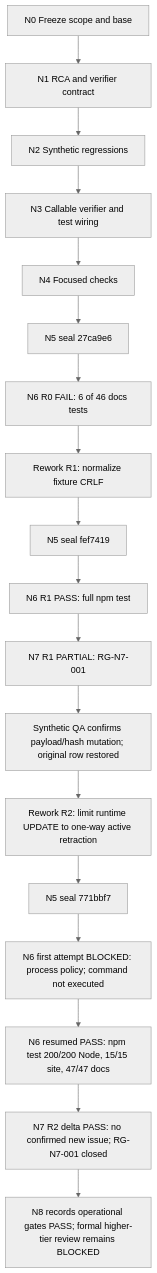
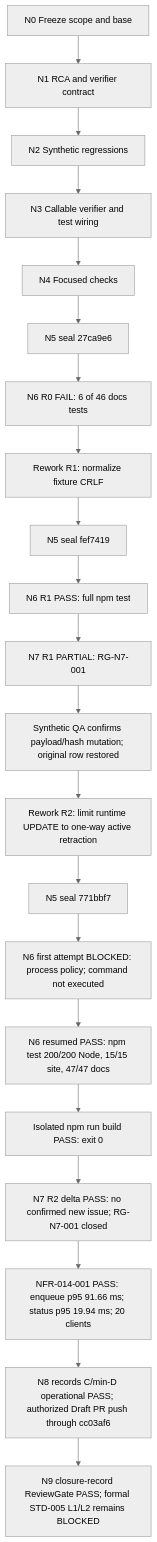
One commit to Freshair129/zuri-go changed the diagram in docs/features/FEAT-014-visual-marketing-team/execution-dag.md. Above: the diagram before and after it, drawn with Mermaid (neutral theme). The commit also changed other lines of this file and 5 other files, not shown here.

````diff
--- a/docs/features/FEAT-014-visual-marketing-team/execution-dag.md
+++ b/docs/features/FEAT-014-visual-marketing-team/execution-dag.md
@@ -32,14 +38,17 @@
 ```mermaid
 flowchart TD
   N0["N0 Freeze scope and base"] --> N1["N1 RCA and verifier contract"]
   N1 --> N2["N2 Synthetic regressions"] --> N3["N3 Callable verifier and test wiring"] --> N4["N4 Focused checks"] --> S0["N5 seal 27ca9e6"]
   S0 --> G0["N6 R0 FAIL: 6 of 46 docs tests"]
   G0 --> R1["Rework R1: normalize fixture CRLF"] --> S1["N5 seal fef7419"]
   S1 --> G1["N6 R1 PASS: full npm test"] --> H1["N7 R1 PARTIAL: RG-N7-001"]
   H1 --> V1["Synthetic QA confirms payload/hash mutation; original row restored"]
   V1 --> R2["Rework R2: limit runtime UPDATE to one-way active retraction"] --> S2["N5 seal 771bbf7"]
   S2 --> G2a["N6 first attempt BLOCKED: process policy; command not executed"]
   G2a --> G2b["N6 resumed PASS: npm test 200/200 Node, 15/15 site, 47/47 docs"]
-  G2b --> H2["N7 R2 delta PASS: no confirmed new issue; RG-N7-001 closed"]
-  H2 --> N8["N8 records operational gates PASS; formal higher-tier review remains BLOCKED"]
+  G2b --> B2["Isolated npm run build PASS: exit 0"]
+  B2 --> H2["N7 R2 delta PASS: no confirmed new issue; RG-N7-001 closed"]
+  H2 --> Q1["NFR-014-001 PASS: enqueue p95 91.66 ms; status p95 19.94 ms; 20 clients"]
+  Q1 --> N8["N8 records C/min-D operational PASS; authorized Draft PR push through cc03af6"]
+  N8 --> N9["N9 closure-record ReviewGate PASS; formal STD-005 L1/L2 remains BLOCKED"]
 ```
````
